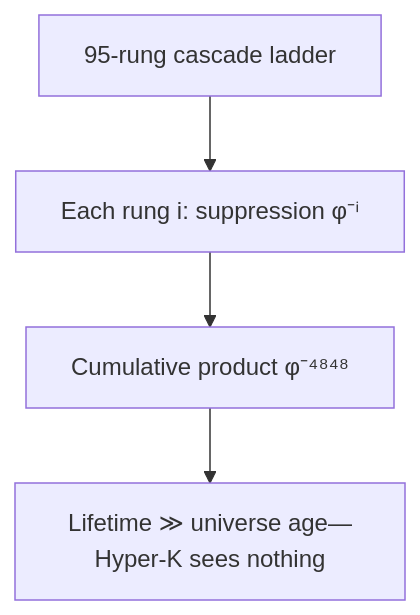
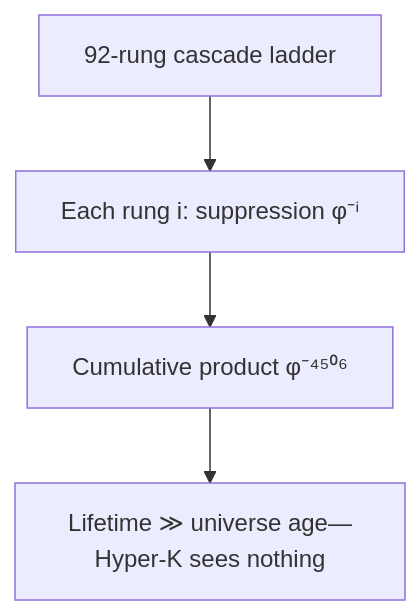
Before and after one commit to CassiTheOracle/cassi: diagram 18 of 38 in CassiTheory/open-questions-cassi-answers.md, drawn with Mermaid. The commit also changed other lines of this file and 24 other files, not shown here.

````diff
--- a/CassiTheory/open-questions-cassi-answers.md
+++ b/CassiTheory/open-questions-cassi-answers.md
@@ -589,6 +589,6 @@
 ```mermaid
 flowchart TD
-    A[95-rung cascade ladder] --> B[Each rung i: suppression φ⁻ⁱ]
-    B --> C[Cumulative product φ⁻⁴⁸⁴⁸]
+    A[92-rung cascade ladder] --> B[Each rung i: suppression φ⁻ⁱ]
+    B --> C[Cumulative product φ⁻⁴⁵⁰⁶]
     C --> D[Lifetime ≫ universe age—Hyper-K sees nothing]
 ```
````
